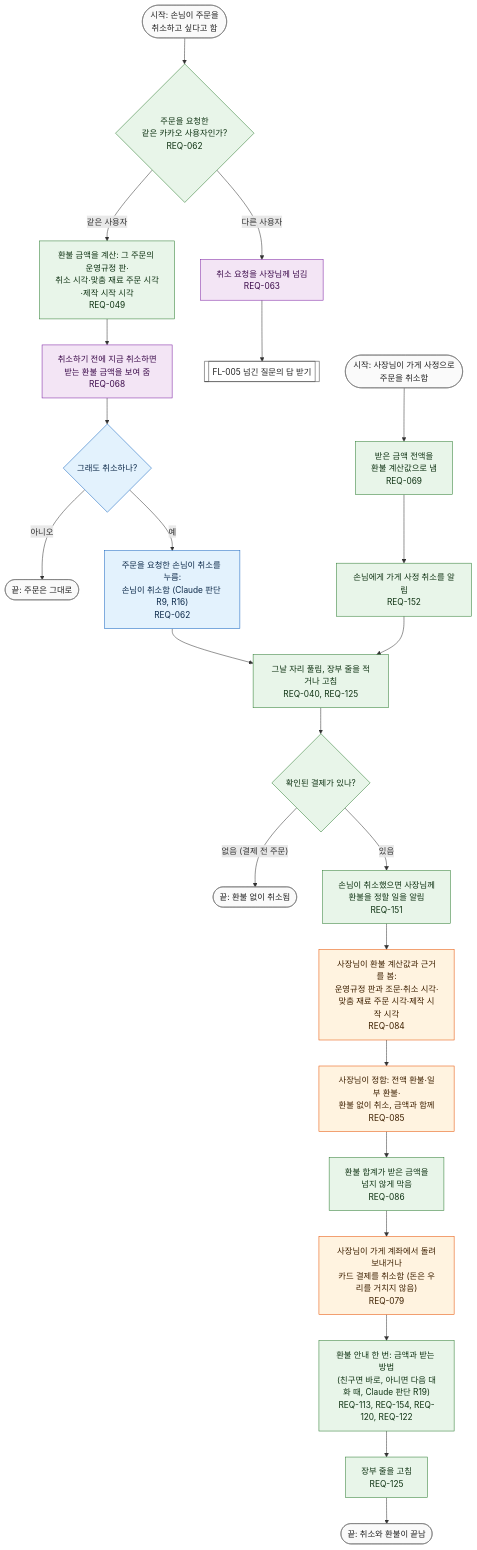
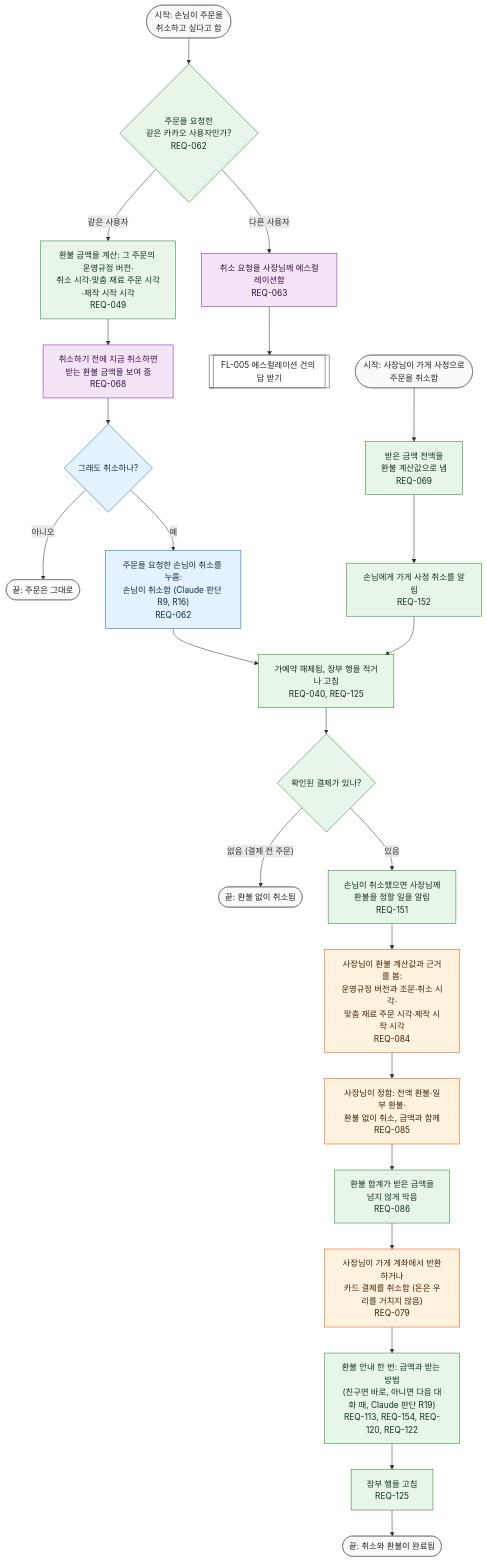
Before and after one commit to kodonghui/siljang.ai: the diagram in docs/03-user-flow/FL-009-cancel-and-refund.md, drawn with Mermaid. The commit also changed other lines of this file and 55 other files, not shown here.

````diff
--- a/docs/03-user-flow/FL-009-cancel-and-refund.md
+++ b/docs/03-user-flow/FL-009-cancel-and-refund.md
@@ -18,51 +18,51 @@
 ```mermaid
 flowchart TD
   S1(["시작: 손님이 주문을<br/>취소하고 싶다고 함"])
   S2(["시작: 사장님이 가게 사정으로<br/>주문을 취소함"])
   D0{"주문을 요청한<br/>같은 카카오 사용자인가?<br/>REQ-062"}
-  X1["취소 요청을 사장님께 넘김<br/>REQ-063"]
-  F5[["FL-005 넘긴 질문의 답 받기"]]
-  X2["환불 금액을 계산: 그 주문의 운영규정 판·<br/>취소 시각·맞춤 재료 주문 시각·제작 시작 시각<br/>REQ-049"]
+  X1["취소 요청을 사장님께 에스컬레이션함<br/>REQ-063"]
+  F5[["FL-005 에스컬레이션 건의 답 받기"]]
+  X2["환불 금액을 계산: 그 주문의 운영규정 버전·<br/>취소 시각·맞춤 재료 주문 시각·제작 시작 시각<br/>REQ-049"]
   X3["취소하기 전에 지금 취소하면<br/>받는 환불 금액을 보여 줌<br/>REQ-068"]
   D1{"그래도 취소하나?"}
   E0(["끝: 주문은 그대로"])
   X4["주문을 요청한 손님이 취소를 누름:<br/>손님이 취소함 (Claude 판단 R9, R16)<br/>REQ-062"]
   X5["받은 금액 전액을<br/>환불 계산값으로 냄<br/>REQ-069"]
   G2["손님에게 가게 사정 취소를 알림<br/>REQ-152"]
-  X6["그날 자리 풀림, 장부 줄을 적거나 고침<br/>REQ-040, REQ-125"]
+  X6["가예약 해제됨, 장부 행을 적거나 고침<br/>REQ-040, REQ-125"]
   D2{"확인된 결제가 있나?"}
   E1(["끝: 환불 없이 취소됨"])
   G1["손님이 취소했으면 사장님께<br/>환불을 정할 일을 알림<br/>REQ-151"]
-  X7["사장님이 환불 계산값과 근거를 봄:<br/>운영규정 판과 조문·취소 시각·<br/>맞춤 재료 주문 시각·제작 시작 시각<br/>REQ-084"]
+  X7["사장님이 환불 계산값과 근거를 봄:<br/>운영규정 버전과 조문·취소 시각·<br/>맞춤 재료 주문 시각·제작 시작 시각<br/>REQ-084"]
   X8["사장님이 정함: 전액 환불·일부 환불·<br/>환불 없이 취소, 금액과 함께<br/>REQ-085"]
   X9["환불 합계가 받은 금액을<br/>넘지 않게 막음<br/>REQ-086"]
-  X10["사장님이 가게 계좌에서 돌려보내거나<br/>카드 결제를 취소함 (돈은 우리를 거치지 않음)<br/>REQ-079"]
+  X10["사장님이 가게 계좌에서 반환하거나<br/>카드 결제를 취소함 (돈은 우리를 거치지 않음)<br/>REQ-079"]
   X11["환불 안내 한 번: 금액과 받는 방법<br/>(친구면 바로, 아니면 다음 대화 때, Claude 판단 R19)<br/>REQ-113, REQ-154, REQ-120, REQ-122"]
-  X12["장부 줄을 고침<br/>REQ-125"]
-  E2(["끝: 취소와 환불이 끝남"])
+  X12["장부 행을 고침<br/>REQ-125"]
+  E2(["끝: 취소와 환불이 완료됨"])
 
   S1 --> D0
   D0 -->|"다른 사용자"| X1 --> F5
   D0 -->|"같은 사용자"| X2 --> X3 --> D1
   D1 -->|"아니오"| E0
   D1 -->|"예"| X4 --> X6
   S2 --> X5 --> G2 --> X6
   X6 --> D2
   D2 -->|"없음 (결제 전 주문)"| E1
   D2 -->|"있음"| G1 --> X7 --> X8 --> X9 --> X10 --> X11 --> X12 --> E2
 
   classDef cust fill:#e3f2fd,stroke:#1565c0,color:#0d2a4a
   classDef ai fill:#f3e5f5,stroke:#7b1fa2,color:#3b0a4a
   classDef owner fill:#fff3e0,stroke:#e65100,color:#3e2000
   classDef svc fill:#e8f5e9,stroke:#2e7d32,color:#0f3313
   classDef gap fill:#fffde7,stroke:#f9a825,stroke-dasharray:5 5,color:#4a3b00
   classDef flow fill:#ffffff,stroke:#424242,color:#212121
   classDef term fill:#fafafa,stroke:#757575,color:#212121
   class D1,X4 cust
   class X1,X3 ai
   class X7,X8,X10 owner
   class D0,X2,X5,X6,D2,X9,X11,X12 svc
   class G1,G2 svc
   class F5 flow
   class S1,S2,E0,E1,E2 term
 ```
````
